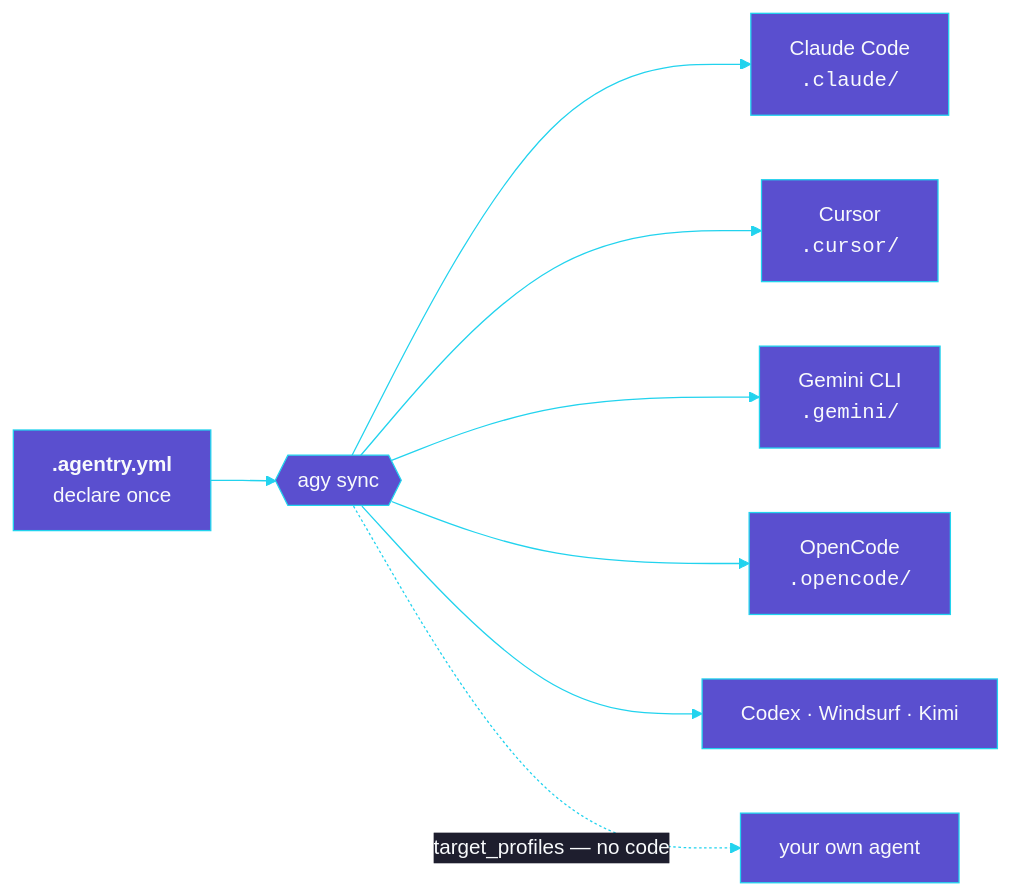
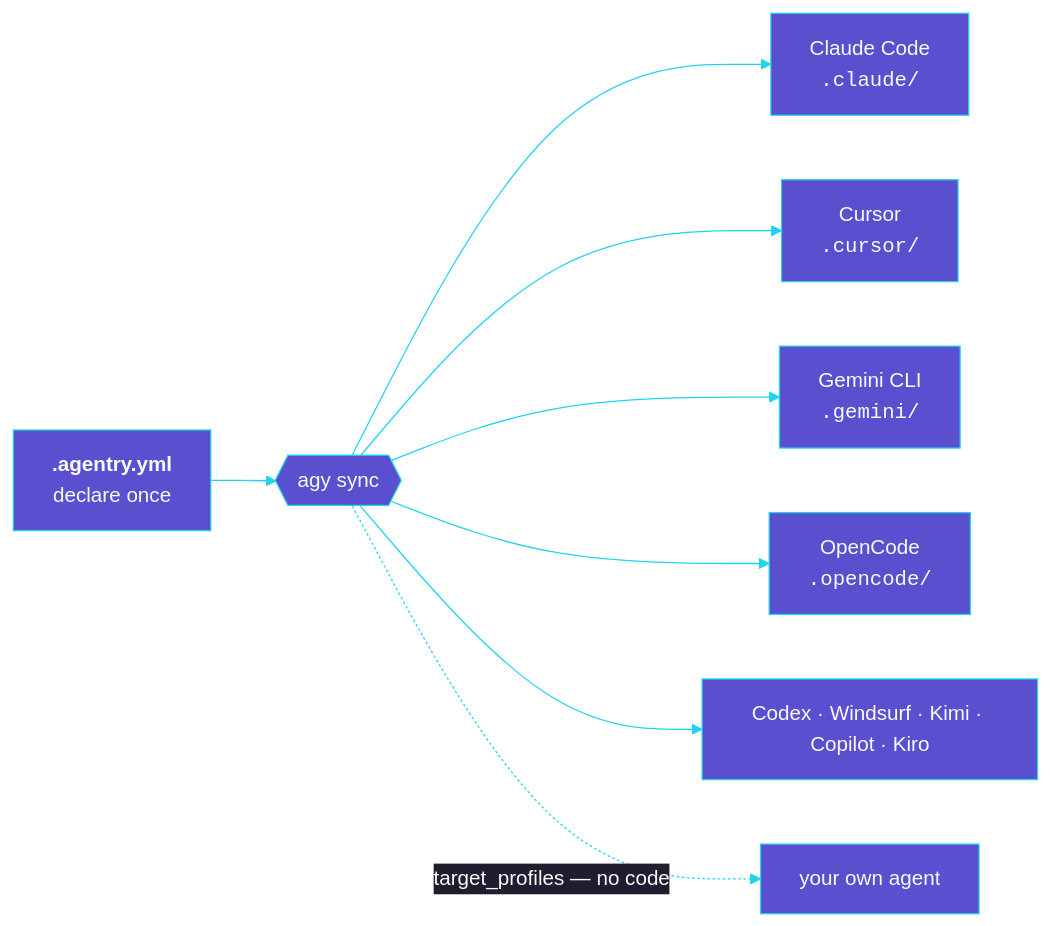
The first of 2 diagrams in README.md (OpenTechIL/agentry), drawn with Mermaid before and after one commit. The commit also changed other lines of this file and 2 other files, not shown here.

````diff
--- a/README.md
+++ b/README.md
@@ -27,11 +27,11 @@
 ```mermaid
 %%{init: {'theme':'base','themeVariables':{'primaryColor':'#5A4FCF','primaryTextColor':'#F8FAFC','lineColor':'#22D3EE','primaryBorderColor':'#22D3EE','secondaryColor':'#1E1E2E'}}}%%
 flowchart LR
   Y["<b>.agentry.yml</b><br/>declare once"] --> S{{"agy sync"}}
   S --> C["Claude Code<br/><code>.claude/</code>"]
   S --> U["Cursor<br/><code>.cursor/</code>"]
   S --> G["Gemini CLI<br/><code>.gemini/</code>"]
   S --> O["OpenCode<br/><code>.opencode/</code>"]
-  S --> X["Codex · Windsurf · Kimi"]
+  S --> X["Codex · Windsurf · Kimi · Copilot · Kiro"]
   S -.->|"target_profiles — no code"| N["your own agent"]
 ```
````
